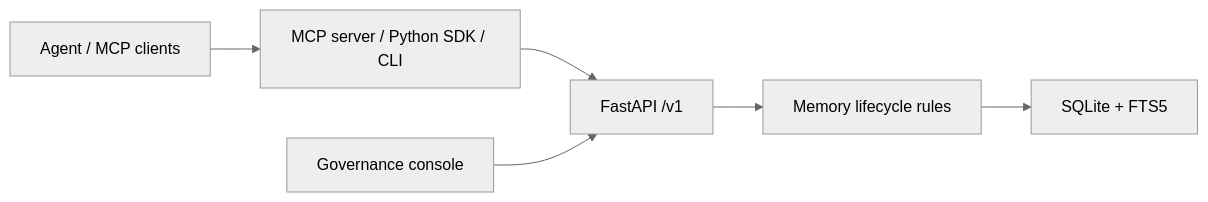
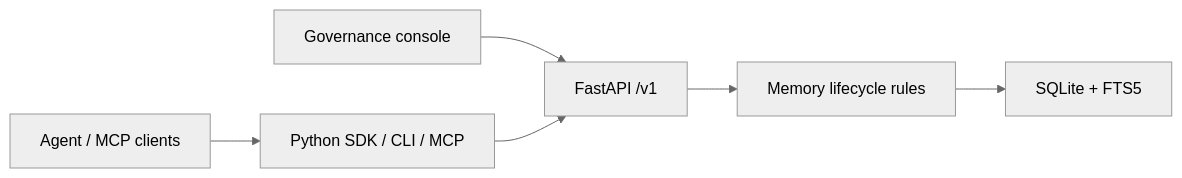
One commit to unnoderes/MemoryNode changed the diagram in README.md. Above: the diagram before and after it, drawn with Mermaid (neutral theme). The commit also changed other lines of this file and 8 other files, not shown here.

````diff
--- a/README.md
+++ b/README.md
@@ -129,8 +134,8 @@
 ```mermaid
 flowchart LR
-    A["Agent / MCP clients"] --> B["MCP server / Python SDK / CLI"]
-    B --> C["FastAPI /v1"]
-    U["Governance console"] --> C
+    A["Agent / MCP clients"] --> B["Python SDK / CLI / MCP"]
+    U["Governance console"] --> C["FastAPI /v1"]
+    B --> C
     C --> D["Memory lifecycle rules"]
     D --> E["SQLite + FTS5"]
 ```
````
